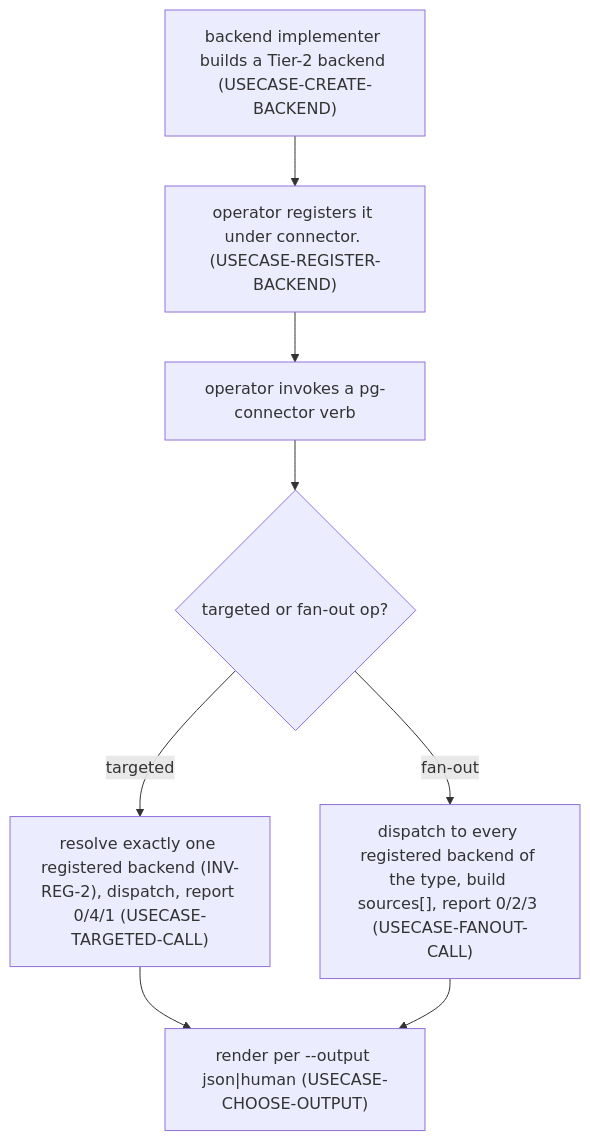
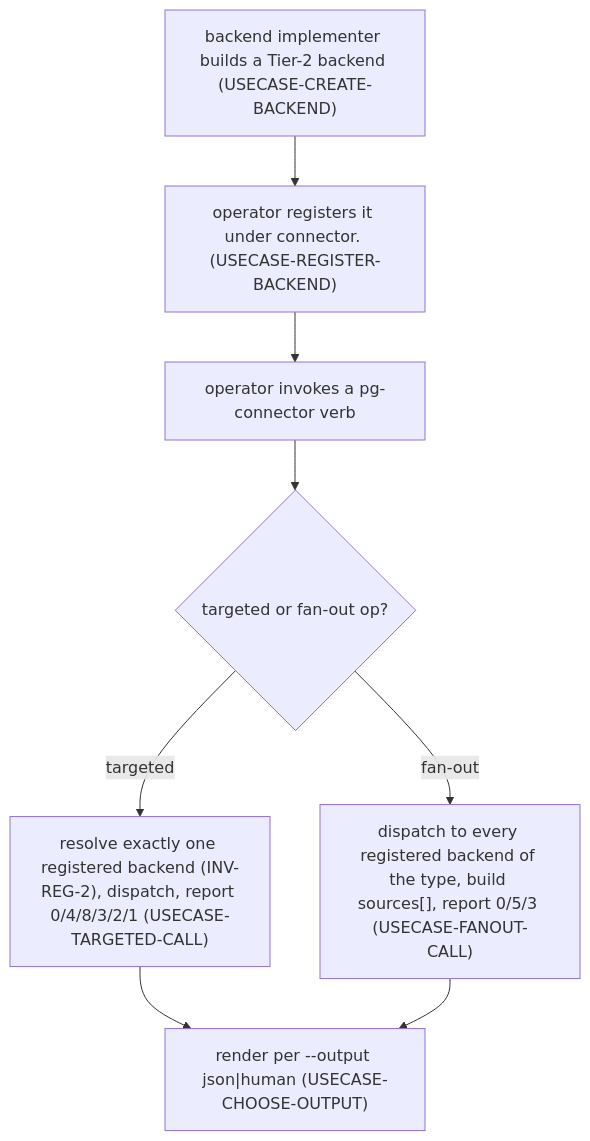
One commit to phillipgreenii/nix-agent-support changed the first of 15 diagrams in packages/pg-connector/docs/behavior/journeys.md. Above: the diagram before and after it, drawn with Mermaid. The commit also changed other lines of this file and 48 other files, not shown here.

````diff
--- a/packages/pg-connector/docs/behavior/journeys.md
+++ b/packages/pg-connector/docs/behavior/journeys.md
@@ -113,10 +113,10 @@
 ```mermaid
 flowchart TD
     impl["backend implementer builds a Tier-2 backend (USECASE-CREATE-BACKEND)"] --> reg["operator registers it under connector.<type> (USECASE-REGISTER-BACKEND)"]
     reg --> invoke["operator invokes a pg-connector verb"]
     invoke --> shape{"targeted or fan-out op?"}
-    shape -->|targeted| tgt["resolve exactly one registered backend (INV-REG-2), dispatch, report 0/4/1 (USECASE-TARGETED-CALL)"]
-    shape -->|fan-out| fan["dispatch to every registered backend of the type, build sources[], report 0/2/3 (USECASE-FANOUT-CALL)"]
+    shape -->|targeted| tgt["resolve exactly one registered backend (INV-REG-2), dispatch, report 0/4/8/3/2/1 (USECASE-TARGETED-CALL)"]
+    shape -->|fan-out| fan["dispatch to every registered backend of the type, build sources[], report 0/5/3 (USECASE-FANOUT-CALL)"]
     tgt --> render["render per --output json|human (USECASE-CHOOSE-OUTPUT)"]
     fan --> render
 ```
````
